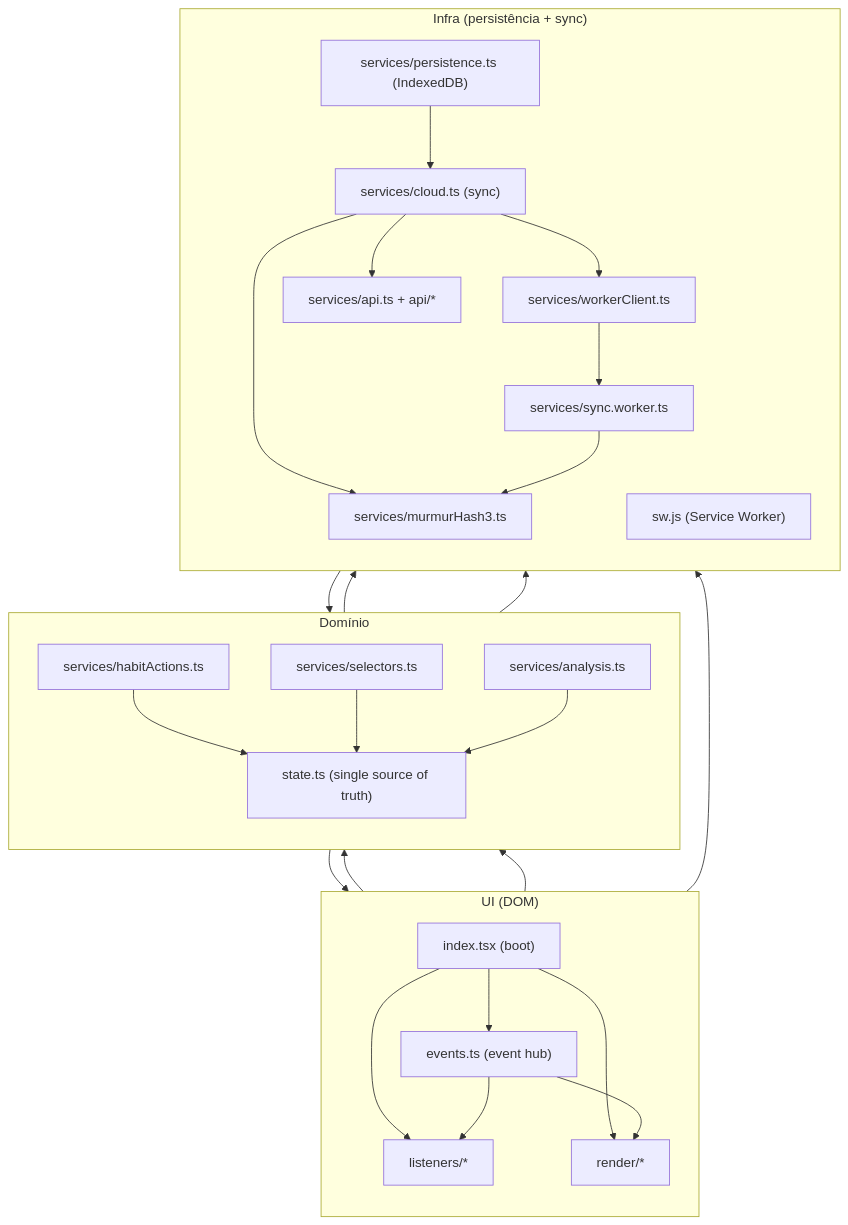
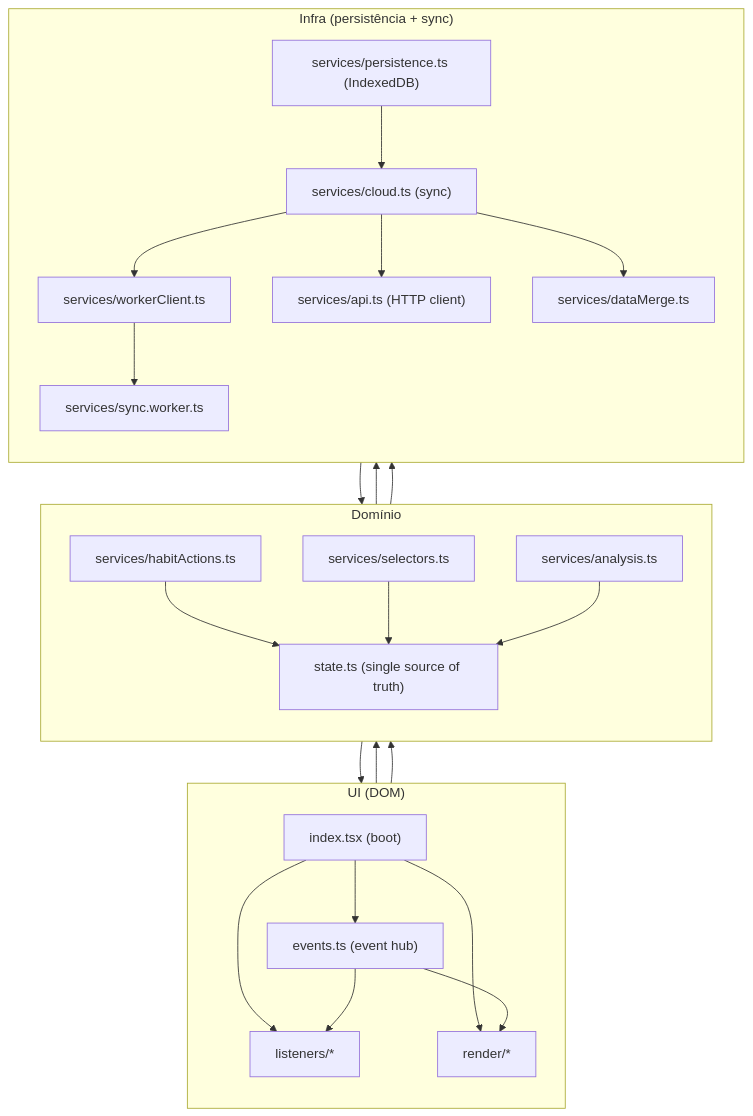
The third of 5 diagrams in docs/ARCHITECTURE.md (farifran/askesis), drawn with Mermaid before and after one commit. The commit also changed other lines of this file and 1 other file, not shown here.

Commit message:
Atualiza diagramas de arquitetura para refletir a nova estrutura do cliente PWA e melhorar a clareza dos fluxos de dados

````diff
--- a/docs/ARCHITECTURE.md
+++ b/docs/ARCHITECTURE.md
@@ -81,61 +57,58 @@
 ```mermaid
 flowchart TB
   %% Layout em camadas (mais fácil de ler): UI -> Domínio -> Infra
   subgraph UI["UI (DOM)"]
     direction TB
     IDX["index.tsx (boot)"]
     LISTEN["listeners/*"]
     RENDER["render/*"]
     EVENTS["events.ts (event hub)"]
   end
 
   subgraph DOMAIN["Domínio"]
     direction TB
     ACTIONS["services/habitActions.ts"]
     SELECTORS["services/selectors.ts"]
     ANALYSIS["services/analysis.ts"]
     STATE["state.ts (single source of truth)"]
   end
 
   subgraph INFRA["Infra (persistência + sync)"]
     direction TB
     PERSIST["services/persistence.ts (IndexedDB)"]
     CLOUD["services/cloud.ts (sync)"]
     WRPC["services/workerClient.ts"]
     WORKER["services/sync.worker.ts"]
-    HASH["services/murmurHash3.ts"]
-    API["services/api.ts + api/*"]
-    SW["sw.js (Service Worker)"]
+    API["services/api.ts (HTTP client)"]
+    MERGE["services/dataMerge.ts"]
   end
 
   %% Boot / UI
   IDX --> LISTEN
   IDX --> RENDER
   IDX --> EVENTS
-  IDX --> SW
 
   %% Domínio
   LISTEN --> ACTIONS
   RENDER --> SELECTORS
 
   ACTIONS --> STATE
   SELECTORS --> STATE
   ANALYSIS --> STATE
 
   %% Persistência + Sync
   ACTIONS --> PERSIST
   PERSIST --> STATE
   PERSIST --> CLOUD
 
   %% Eventos globais (UI plumbing)
   ACTIONS --> EVENTS
   EVENTS --> RENDER
   EVENTS --> LISTEN
 
   %% Worker / Cloud
   ANALYSIS --> CLOUD
   CLOUD --> WRPC --> WORKER
   CLOUD --> API
-  CLOUD --> HASH
-  WORKER --> HASH
+  CLOUD --> MERGE
 ```
````
